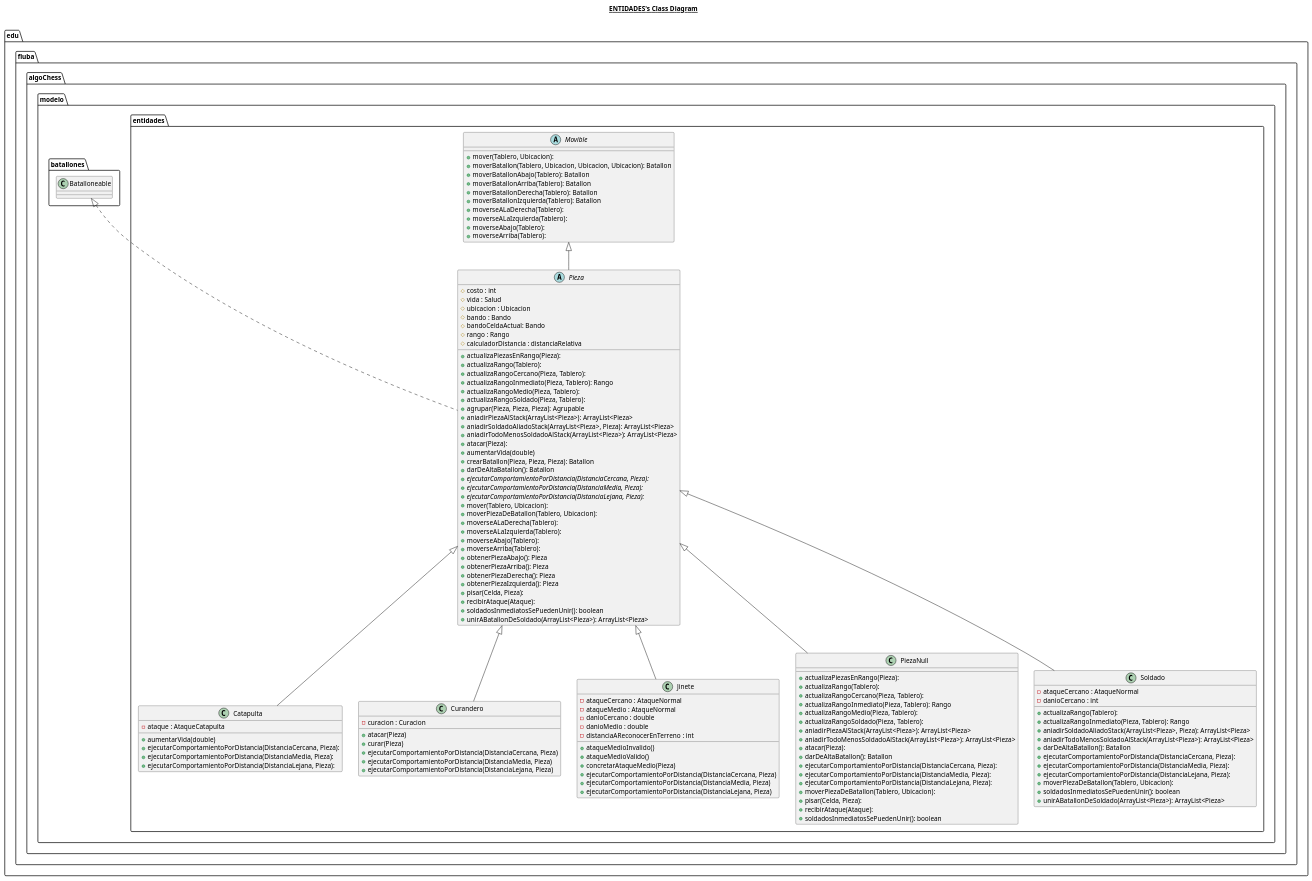
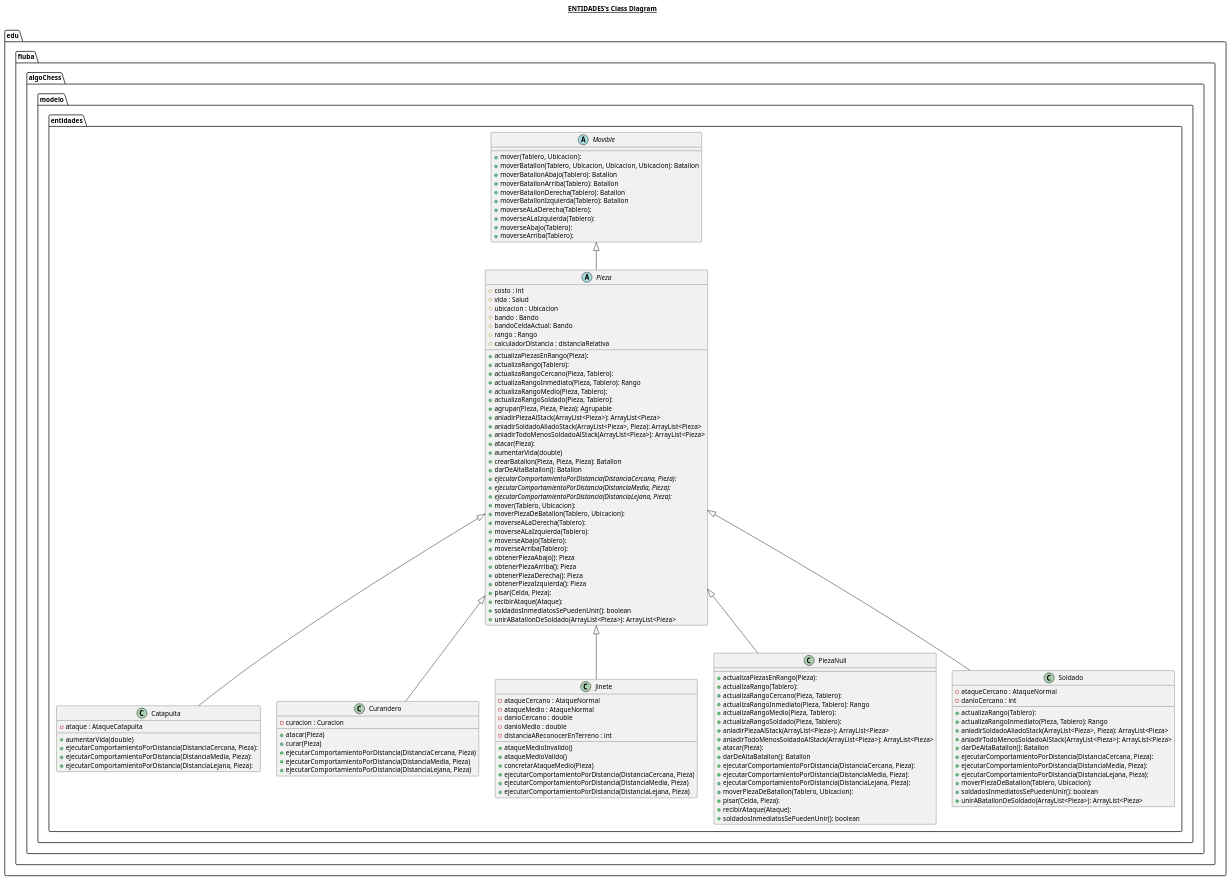
Before and after one commit to 0xSkla3/algo3_TP2: the diagram in AlgoChess/src/main/java/edu/fiuba/algoChess/modelo/entidades/entidades.plantuml, drawn with PlantUML. The commit also changed 2 other files, not shown here.

Commit message:
plantuml terminados(?

```diff
--- a/AlgoChess/src/main/java/edu/fiuba/algoChess/modelo/entidades/entidades.plantuml
+++ b/AlgoChess/src/main/java/edu/fiuba/algoChess/modelo/entidades/entidades.plantuml
@@ -1,136 +1,135 @@
 @startuml
 
 title __ENTIDADES's Class Diagram__\n
 
 
       class edu.fiuba.algoChess.modelo.entidades.Catapulta {
           - ataque : AtaqueCatapulta
           + aumentarVida(double)
           + ejecutarComportamientoPorDistancia(DistanciaCercana, Pieza):
           + ejecutarComportamientoPorDistancia(DistanciaMedia, Pieza):
           + ejecutarComportamientoPorDistancia(DistanciaLejana, Pieza):
       }
 
       class edu.fiuba.algoChess.modelo.entidades.Curandero {
           - curacion : Curacion
           + atacar(Pieza)
           + curar(Pieza)
           + ejecutarComportamientoPorDistancia(DistanciaCercana, Pieza)
           + ejecutarComportamientoPorDistancia(DistanciaMedia, Pieza)
           + ejecutarComportamientoPorDistancia(DistanciaLejana, Pieza)
       }
 
       class edu.fiuba.algoChess.modelo.entidades.Jinete {
           - ataqueCercano : AtaqueNormal
           - ataqueMedio : AtaqueNormal
           - danioCercano : double
           - danioMedio : double
           - distanciaAReconocerEnTerreno : int
           + ataqueMedioInvalido()
           + ataqueMedioValido()
           + concretarAtaqueMedio(Pieza)
           + ejecutarComportamientoPorDistancia(DistanciaCercana, Pieza)
           + ejecutarComportamientoPorDistancia(DistanciaMedia, Pieza)
           + ejecutarComportamientoPorDistancia(DistanciaLejana, Pieza)
       }
 
       abstract class edu.fiuba.algoChess.modelo.entidades.Movible {
           + mover(Tablero, Ubicacion):
           + moverBatallon(Tablero, Ubicacion, Ubicacion, Ubicacion): Batallon
           + moverBatallonAbajo(Tablero): Batallon
           + moverBatallonArriba(Tablero): Batallon
           + moverBatallonDerecha(Tablero): Batallon
           + moverBatallonIzquierda(Tablero): Batallon
           + moverseALaDerecha(Tablero):
           + moverseALaIzquierda(Tablero):
           + moverseAbajo(Tablero):
           + moverseArriba(Tablero):
       }
 
       abstract class edu.fiuba.algoChess.modelo.entidades.Pieza {
           # costo : int
           # vida : Salud
           # ubicacion : Ubicacion
           # bando : Bando
           # bandoCeldaActual: Bando
           # rango : Rango
           # calculadorDistancia : distanciaRelativa
           + actualizaPiezasEnRango(Pieza):
           + actualizaRango(Tablero):
           + actualizaRangoCercano(Pieza, Tablero):
           + actualizaRangoInmediato(Pieza, Tablero): Rango
           + actualizaRangoMedio(Pieza, Tablero):
           + actualizaRangoSoldado(Pieza, Tablero):
           + agrupar(Pieza, Pieza, Pieza): Agrupable
           + aniadirPiezaAlStack(ArrayList<Pieza>): ArrayList<Pieza>
           + aniadirSoldadoAliadoStack(ArrayList<Pieza>, Pieza): ArrayList<Pieza>
           + aniadirTodoMenosSoldadoAlStack(ArrayList<Pieza>): ArrayList<Pieza>
           + atacar(Pieza):
           + aumentarVida(double)
           + crearBatallon(Pieza, Pieza, Pieza): Batallon
           + darDeAltaBatallon(): Batallon
           {abstract} + ejecutarComportamientoPorDistancia(DistanciaCercana, Pieza):
           {abstract} + ejecutarComportamientoPorDistancia(DistanciaMedia, Pieza):
           {abstract} + ejecutarComportamientoPorDistancia(DistanciaLejana, Pieza):
           + mover(Tablero, Ubicacion):
           + moverPiezaDeBatallon(Tablero, Ubicacion):
           + moverseALaDerecha(Tablero):
           + moverseALaIzquierda(Tablero):
           + moverseAbajo(Tablero):
           + moverseArriba(Tablero):
           + obtenerPiezaAbajo(): Pieza
           + obtenerPiezaArriba(): Pieza
           + obtenerPiezaDerecha(): Pieza
           + obtenerPiezaIzquierda(): Pieza
           + pisar(Celda, Pieza):
           + recibirAtaque(Ataque):
           + soldadosInmediatosSePuedenUnir(): boolean
           + unirABatallonDeSoldado(ArrayList<Pieza>): ArrayList<Pieza>
       }
 
       class edu.fiuba.algoChess.modelo.entidades.PiezaNull {
           + actualizaPiezasEnRango(Pieza):
           + actualizaRango(Tablero):
           + actualizaRangoCercano(Pieza, Tablero):
           + actualizaRangoInmediato(Pieza, Tablero): Rango
           + actualizaRangoMedio(Pieza, Tablero):
           + actualizaRangoSoldado(Pieza, Tablero):
           + aniadirPiezaAlStack(ArrayList<Pieza>): ArrayList<Pieza>
           + aniadirTodoMenosSoldadoAlStack(ArrayList<Pieza>): ArrayList<Pieza>
           + atacar(Pieza):
           + darDeAltaBatallon(): Batallon
           + ejecutarComportamientoPorDistancia(DistanciaCercana, Pieza):
           + ejecutarComportamientoPorDistancia(DistanciaMedia, Pieza):
           + ejecutarComportamientoPorDistancia(DistanciaLejana, Pieza):
           + moverPiezaDeBatallon(Tablero, Ubicacion):
           + pisar(Celda, Pieza):
           + recibirAtaque(Ataque):
           + soldadosInmediatosSePuedenUnir(): boolean
       }
 
       class edu.fiuba.algoChess.modelo.entidades.Soldado {
           - ataqueCercano : AtaqueNormal
           - danioCercano : int
           + actualizaRango(Tablero):
           + actualizaRangoInmediato(Pieza, Tablero): Rango
           + aniadirSoldadoAliadoStack(ArrayList<Pieza>, Pieza): ArrayList<Pieza>
           + aniadirTodoMenosSoldadoAlStack(ArrayList<Pieza>): ArrayList<Pieza>
           + darDeAltaBatallon(): Batallon
           + ejecutarComportamientoPorDistancia(DistanciaCercana, Pieza):
           + ejecutarComportamientoPorDistancia(DistanciaMedia, Pieza):
           + ejecutarComportamientoPorDistancia(DistanciaLejana, Pieza):
           + moverPiezaDeBatallon(Tablero, Ubicacion):
           + soldadosInmediatosSePuedenUnir(): boolean
           + unirABatallonDeSoldado(ArrayList<Pieza>): ArrayList<Pieza>
       }
 
   edu.fiuba.algoChess.modelo.entidades.Catapulta -up-|> edu.fiuba.algoChess.modelo.entidades.Pieza
   edu.fiuba.algoChess.modelo.entidades.Curandero -up-|> edu.fiuba.algoChess.modelo.entidades.Pieza
   edu.fiuba.algoChess.modelo.entidades.Jinete -up-|> edu.fiuba.algoChess.modelo.entidades.Pieza
-  edu.fiuba.algoChess.modelo.entidades.Pieza .up.|> edu.fiuba.algoChess.modelo.batallones.Batalloneable
   edu.fiuba.algoChess.modelo.entidades.Pieza -up-|> edu.fiuba.algoChess.modelo.entidades.Movible
   edu.fiuba.algoChess.modelo.entidades.PiezaNull -up-|> edu.fiuba.algoChess.modelo.entidades.Pieza
   edu.fiuba.algoChess.modelo.entidades.Soldado -up-|> edu.fiuba.algoChess.modelo.entidades.Pieza
 
 
 @enduml
```
